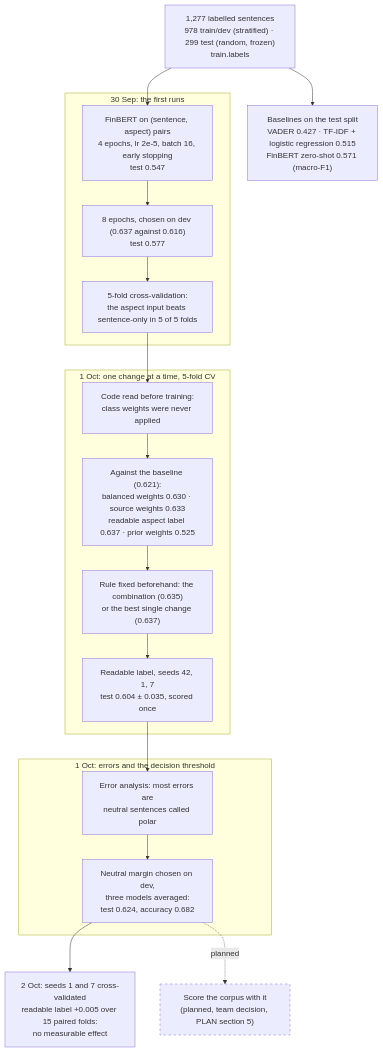
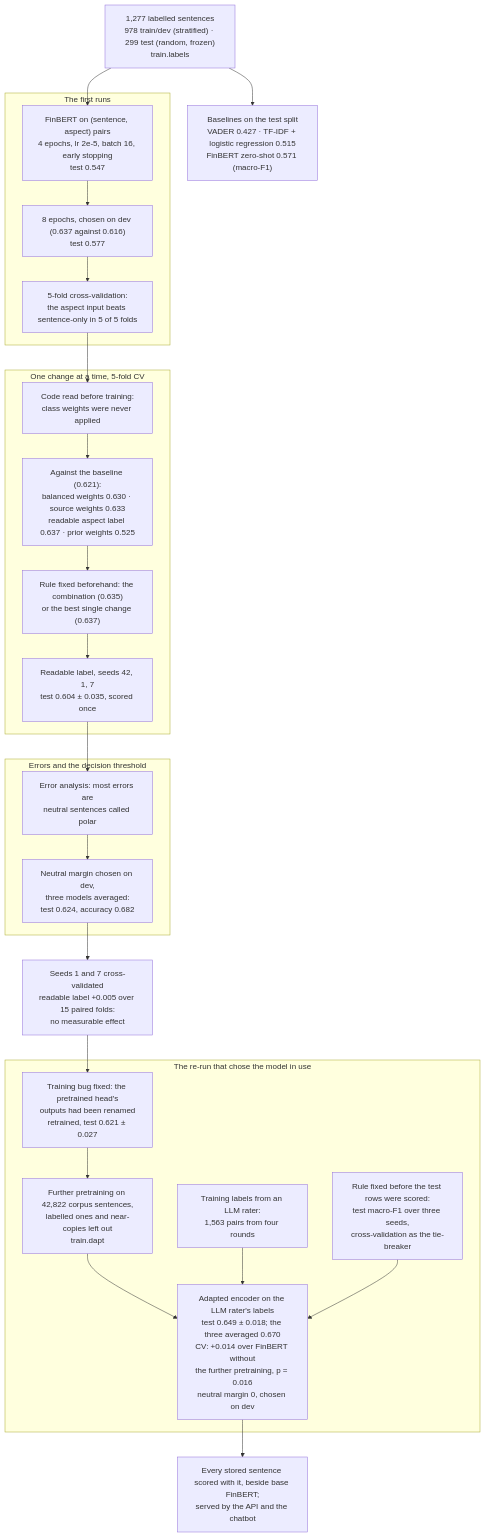
The diagram in docs/diagrams/21-sentiment-model-development.md (Gavingyh/plp-project), drawn with Mermaid before and after one commit. The commit also changed other lines of this file and 124 other files, not shown here.

````diff
--- a/docs/diagrams/21-sentiment-model-development.md
+++ b/docs/diagrams/21-sentiment-model-development.md
@@ -7,34 +7,45 @@
 ```mermaid
 flowchart TB
   accTitle: Sentiment model development
-  accDescr: Labels are split into train/dev and a frozen random test split. FinBERT is fine-tuned on sentence and aspect pairs. Training length was chosen on dev, the aspect input on cross-validation, then one change at a time was cross-validated against a baseline and chosen by a rule fixed in advance. Three seeds were trained and scored once on test, errors analysed, a neutral margin chosen on dev, and the choice re-checked on two more seeds. Scoring the corpus with the model waits for the team.
+  accDescr: Labels are split into train/dev and a frozen random test split. FinBERT is fine-tuned on sentence and aspect pairs. Training length was chosen on dev, the aspect input on cross-validation, then one change at a time was cross-validated against a baseline and chosen by a rule fixed in advance. Three seeds were trained and scored once on test, errors analysed, a neutral margin chosen on dev, and the choice re-checked on two more seeds. After a training bug was fixed, the encoder was further pretrained on the corpus and fine-tuned on an LLM rater's labels; a rule fixed before the test rows were scored chose that model, and it now scores the corpus.
 
   data["1,277 labelled sentences<br/>978 train/dev (stratified) · 299 test (random, frozen)<br/>train.labels"]
   base["Baselines on the test split<br/>VADER 0.427 · TF-IDF + logistic regression 0.515<br/>FinBERT zero-shot 0.571 (macro-F1)"]
 
-  subgraph s1["30 Sep: the first runs"]
+  subgraph s1["The first runs"]
     r1["FinBERT on (sentence, aspect) pairs<br/>4 epochs, lr 2e-5, batch 16, early stopping<br/>test 0.547"]
     e1["8 epochs, chosen on dev (0.637 against 0.616)<br/>test 0.577"]
     e3["5-fold cross-validation:<br/>the aspect input beats sentence-only in 5 of 5 folds"]
   end
 
-  subgraph s2["1 Oct: one change at a time, 5-fold CV"]
+  subgraph s2["One change at a time, 5-fold CV"]
     bug["Code read before training:<br/>class weights were never applied"]
     var["Against the baseline (0.621):<br/>balanced weights 0.630 · source weights 0.633<br/>readable aspect label 0.637 · prior weights 0.525"]
     rule["Rule fixed beforehand: the combination (0.635)<br/>or the best single change (0.637)"]
     fin["Readable label, seeds 42, 1, 7<br/>test 0.604 ± 0.035, scored once"]
   end
 
-  subgraph s3["1 Oct: errors and the decision threshold"]
+  subgraph s3["Errors and the decision threshold"]
     err["Error analysis: most errors are<br/>neutral sentences called polar"]
     mar["Neutral margin chosen on dev,<br/>three models averaged:<br/>test 0.624, accuracy 0.682"]
   end
 
-  cv3["2 Oct: seeds 1 and 7 cross-validated<br/>readable label +0.005 over 15 paired folds:<br/>no measurable effect"]
-  apply["Score the corpus with it<br/>(planned, team decision, PLAN section 5)"]
+  cv3["Seeds 1 and 7 cross-validated<br/>readable label +0.005 over 15 paired folds:<br/>no measurable effect"]
+
+  subgraph s4["The re-run that chose the model in use"]
+    head["Training bug fixed: the pretrained head's<br/>outputs had been renamed<br/>retrained, test 0.621 ± 0.027"]
+    dapt["Further pretraining on 42,822 corpus sentences,<br/>labelled ones and near-copies left out<br/>train.dapt"]
+    llm["Training labels from an LLM rater:<br/>1,563 pairs from four rounds"]
+    pick["Rule fixed before the test rows were scored:<br/>test macro-F1 over three seeds,<br/>cross-validation as the tie-breaker"]
+    won["Adapted encoder on the LLM rater's labels<br/>test 0.649 ± 0.018; the three averaged 0.670<br/>CV: +0.014 over FinBERT without<br/>the further pretraining, p = 0.016<br/>neutral margin 0, chosen on dev"]
+  end
+
+  apply["Every stored sentence scored with it, beside base FinBERT;<br/>served by the API and the chatbot"]
 
   data --> base
   data --> r1 --> e1 --> e3 --> bug --> var --> rule --> fin --> err --> mar --> cv3
-  mar -. planned .-> apply
-  style apply stroke-dasharray: 5 5
+  cv3 --> head --> dapt --> won
+  llm --> won
+  pick --> won
+  won --> apply
 ```
````
